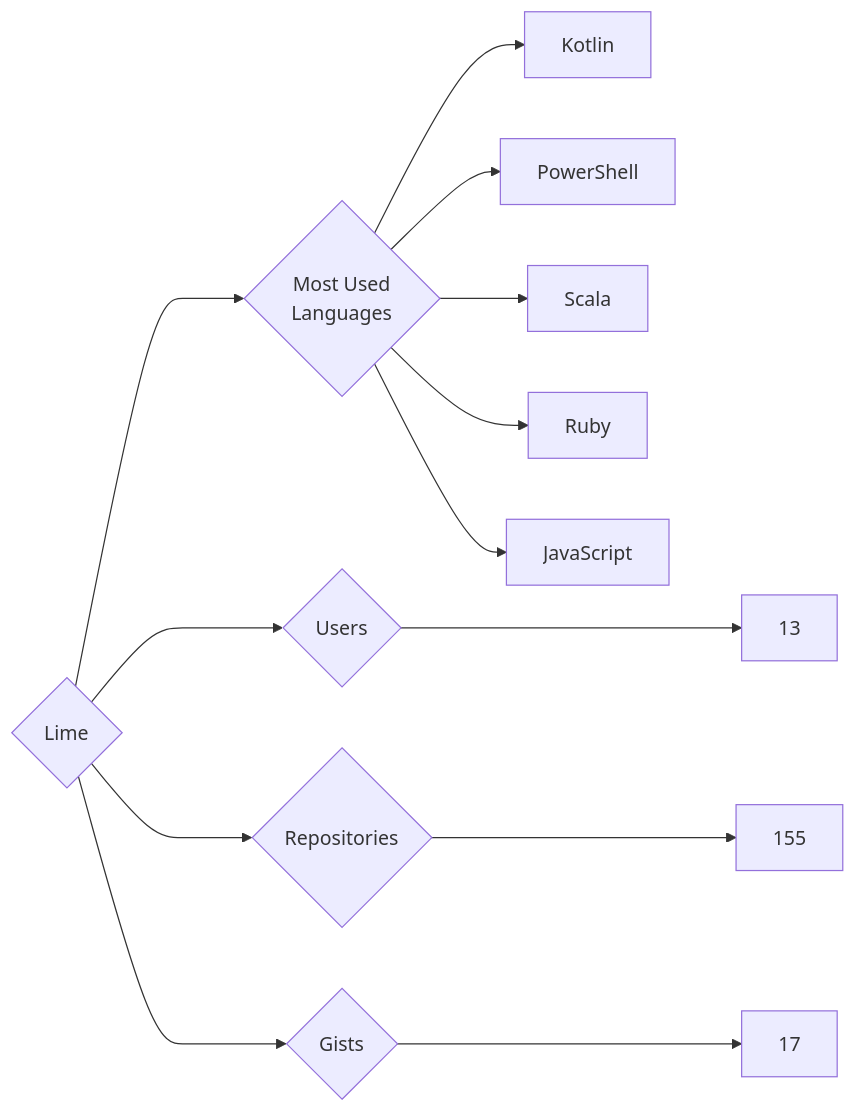
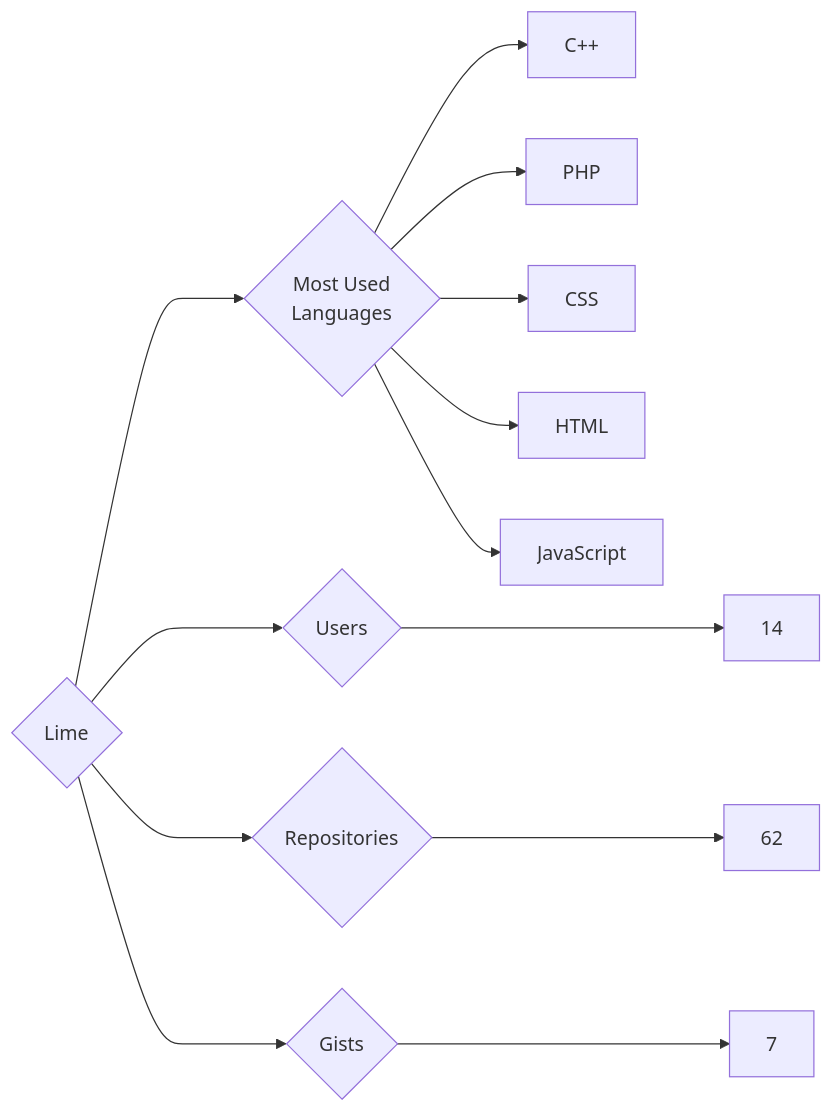
Before and after one commit to trickest/insiders: the diagram in targets/Lime/README.md, drawn with Mermaid. The commit also changed 736 other files, not shown here.

````diff
--- a/targets/Lime/README.md
+++ b/targets/Lime/README.md
@@ -3,13 +3,13 @@
 ```mermaid
 graph LR
 COMPANY_NAME{Lime}
-COMPANY_NAME ---> U{Users} ---> UN[13]
-COMPANY_NAME ---> R{Repositories} ---> RN[155]
-COMPANY_NAME ---> G{Gists} ---> GN[17]
+COMPANY_NAME ---> U{Users} ---> UN[14]
+COMPANY_NAME ---> R{Repositories} ---> RN[62]
+COMPANY_NAME ---> G{Gists} ---> GN[7]
 COMPANY_NAME ---> ML{Most Used<br>Languages}
-ML --> Kotlin[Kotlin]
-ML --> PowerShell[PowerShell]
-ML --> Scala[Scala]
-ML --> Ruby[Ruby]
+ML --> C++[C++]
+ML --> PHP[PHP]
+ML --> CSS[CSS]
+ML --> HTML[HTML]
 ML --> JavaScript[JavaScript]
 ```
````
